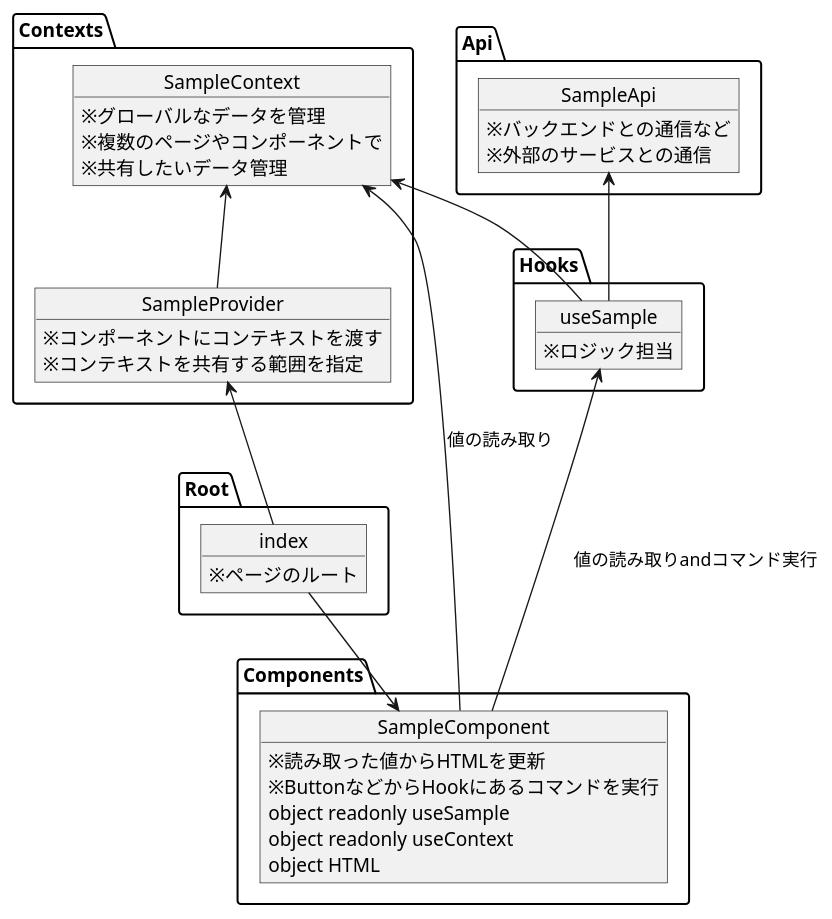
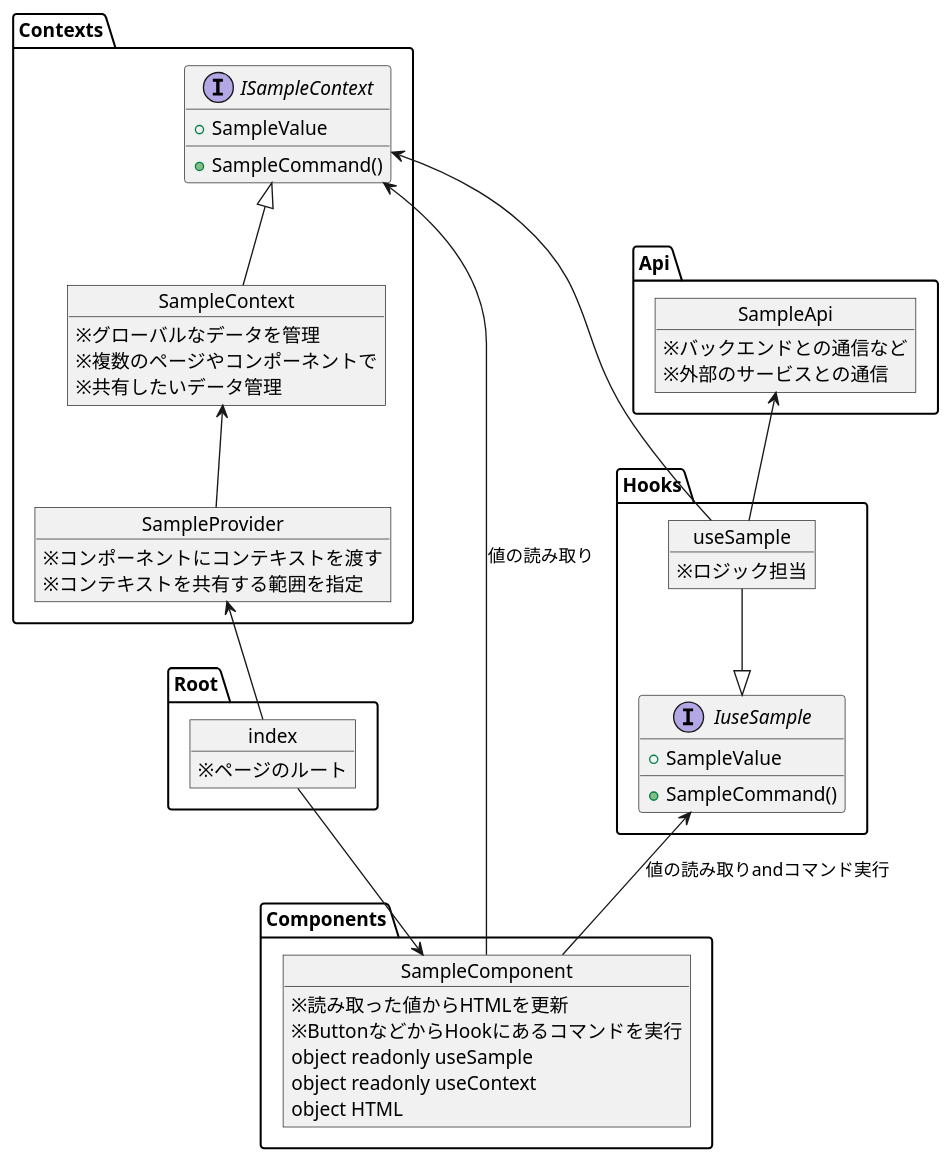
One commit to eiei114/im-ts-frontend-template changed the second of 2 diagrams in docs/architecture.wsd. Above: the diagram before and after it, drawn with PlantUML.

```diff
--- a/docs/architecture.wsd
+++ b/docs/architecture.wsd
@@ -43,56 +43,66 @@
 @startuml hook_and_context
 
 namespace Root {
     object index {
         ※ページのルート
     }
 }
 
 namespace Contexts {
     object SampleProvider {
         ※コンポーネントにコンテキストを渡す
         ※コンテキストを共有する範囲を指定
     }
     object SampleContext {
         ※グローバルなデータを管理
         ※複数のページやコンポーネントで
         ※共有したいデータ管理
     }
+    interface ISampleContext {
+        + SampleValue
+        + SampleCommand()
+    }
 }
 
 namespace Components {
     object SampleComponent {
         ※読み取った値からHTMLを更新
         ※ButtonなどからHookにあるコマンドを実行
         object readonly useSample
         object readonly useContext
         object HTML 
     }
 }
 
 namespace Hooks {
     object useSample {
         ※ロジック担当
     }
+    interface IuseSample {
+        + SampleValue
+        + SampleCommand()
+    }
 }
 
 namespace Api {
     object SampleApi {
         ※バックエンドとの通信など
         ※外部のサービスとの通信
     }
 }
 
 index -down-> SampleComponent
 
 index -up-> SampleProvider
 
 SampleProvider -up-> SampleContext
+SampleContext -up-|> ISampleContext
 
-SampleComponent -up-> useSample : 値の読み取りandコマンド実行
-SampleComponent -up-> SampleContext : 値の読み取り
+SampleComponent -up-> IuseSample : 値の読み取りandコマンド実行
+SampleComponent -up-> ISampleContext : 値の読み取り
 
-useSample -up-> SampleContext
+useSample -down-|> IuseSample
+useSample -up-> ISampleContext
 useSample -up-> SampleApi
 
 @enduml
```
